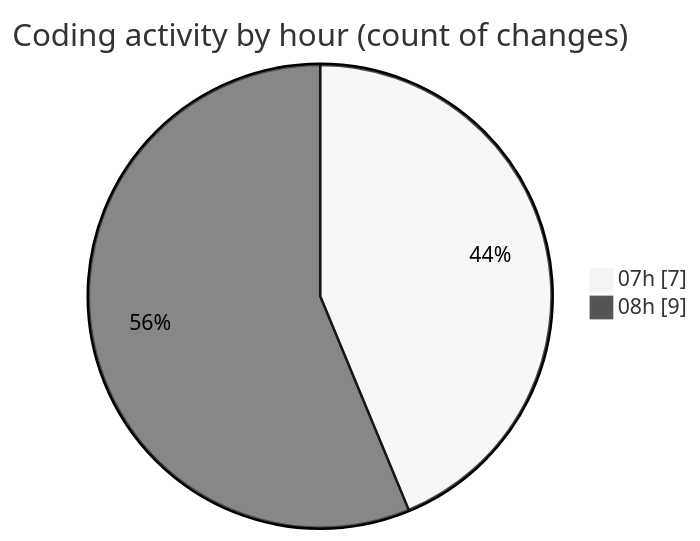
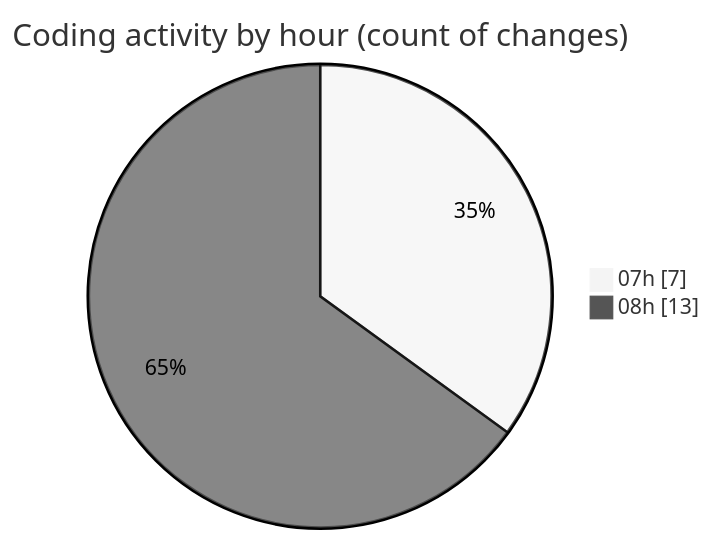
Before and after one commit to Elitesun/code-tracking: the second of 2 diagrams in 2025-05-04/niten/README.md, drawn with Mermaid (neutral theme). The commit also changed other lines of this file and 1 other file, not shown here.

````diff
--- a/2025-05-04/niten/README.md
+++ b/2025-05-04/niten/README.md
@@ -35,6 +36,6 @@
 ```mermaid
 pie showData
 title Coding activity by hour (count of changes)
 "07h" : 7
-"08h" : 9
+"08h" : 13
 ```
````
